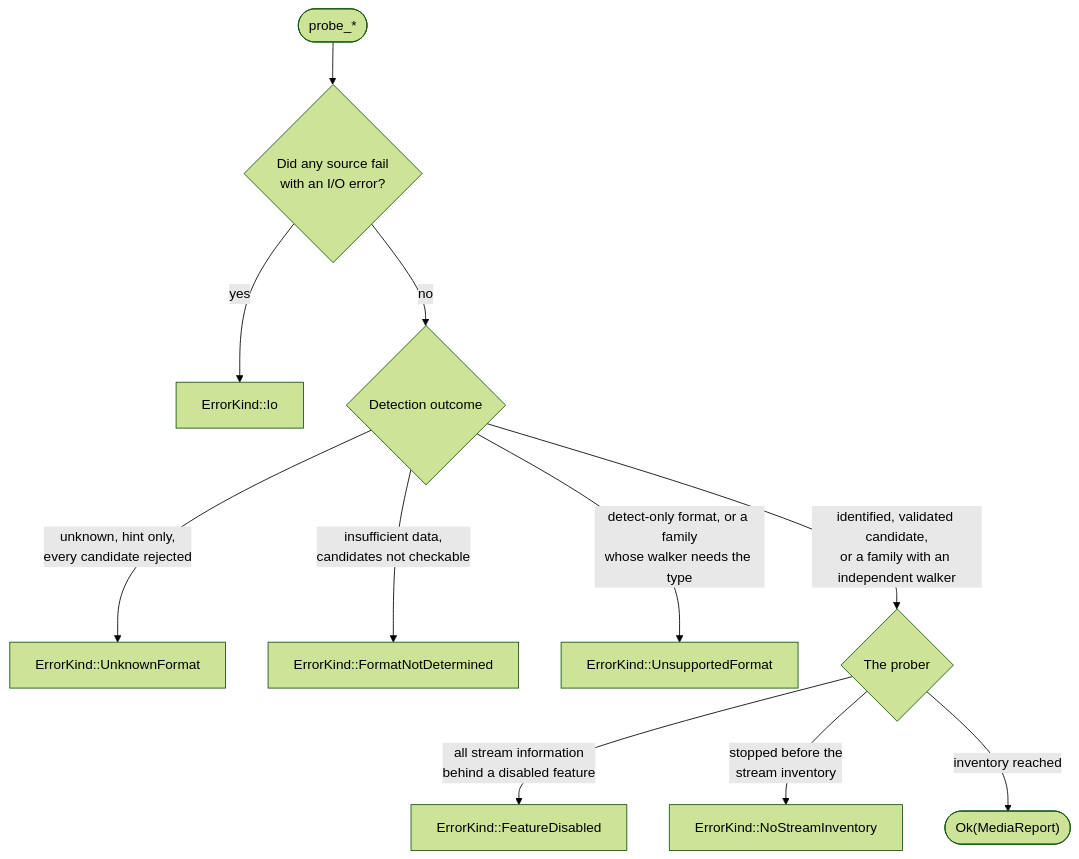
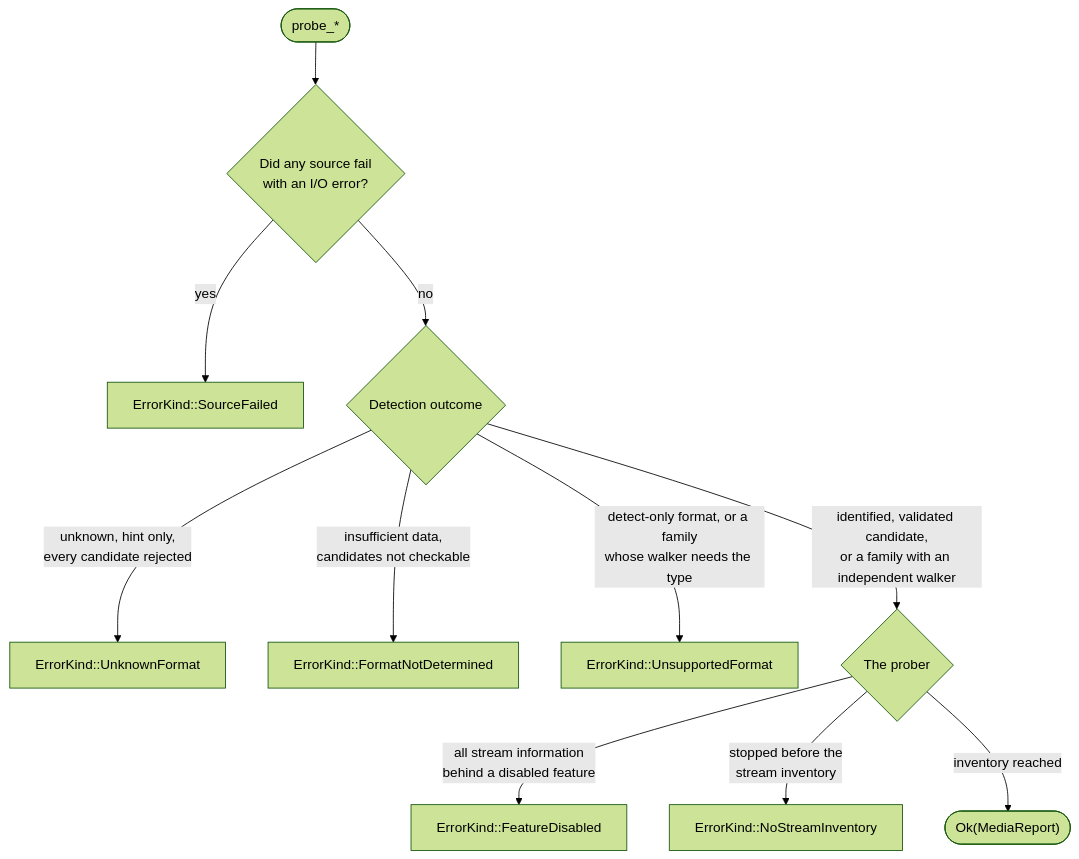
Before and after one commit to caoccao/cc-media-probe: the first of 2 diagrams in docs/design/api.md, drawn with Mermaid (forest theme). The commit also changed other lines of this file and 58 other files, not shown here.

````diff
--- a/docs/design/api.md
+++ b/docs/design/api.md
@@ -209,13 +212,13 @@
 ```mermaid
 flowchart TD
   START(["probe_*"]) --> S1{"Did any source fail<br/>with an I/O error?"}
-  S1 -->|yes| EIO["ErrorKind::Io"]
+  S1 -->|yes| EIO["ErrorKind::SourceFailed"]
   S1 -->|no| S2{"Detection outcome"}
   S2 -->|"unknown, hint only,<br/>every candidate rejected"| EUNK["ErrorKind::UnknownFormat"]
   S2 -->|"insufficient data,<br/>candidates not checkable"| ENDET["ErrorKind::FormatNotDetermined"]
   S2 -->|"detect-only format, or a family<br/>whose walker needs the type"| EUNS["ErrorKind::UnsupportedFormat"]
   S2 -->|"identified, validated candidate,<br/>or a family with an independent walker"| S3{"The prober"}
   S3 -->|"all stream information<br/>behind a disabled feature"| EFEAT["ErrorKind::FeatureDisabled"]
   S3 -->|"stopped before the<br/>stream inventory"| EINV["ErrorKind::NoStreamInventory"]
   S3 -->|"inventory reached"| OK(["Ok(MediaReport)"])
 ```
````
